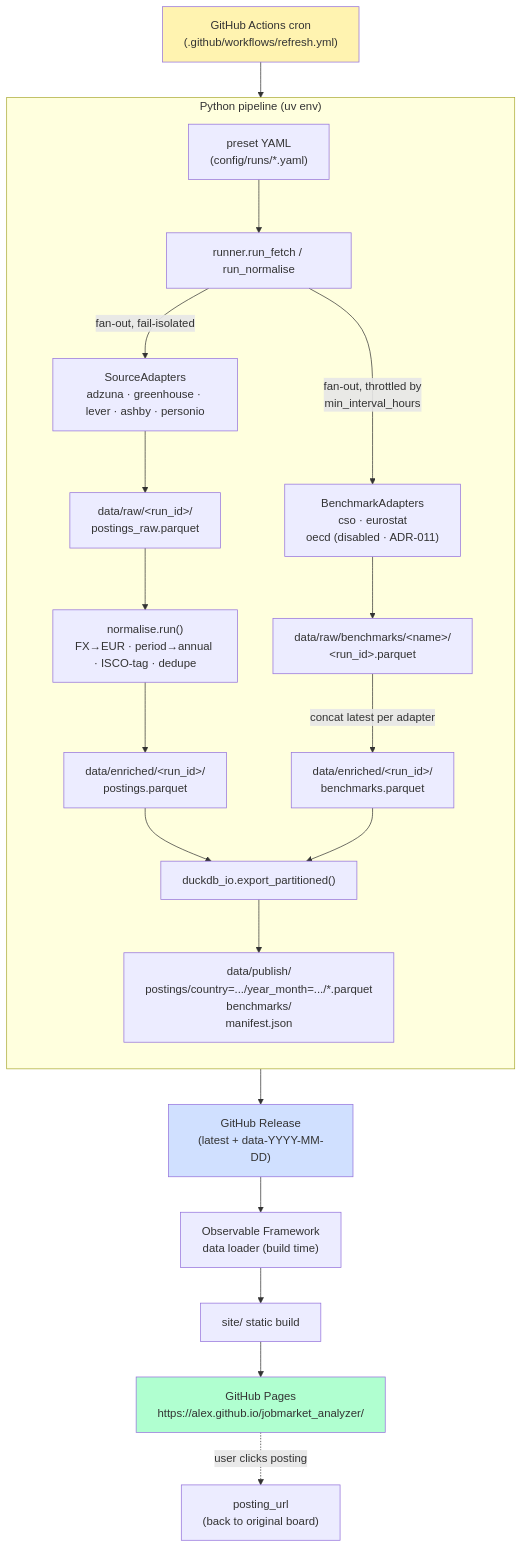
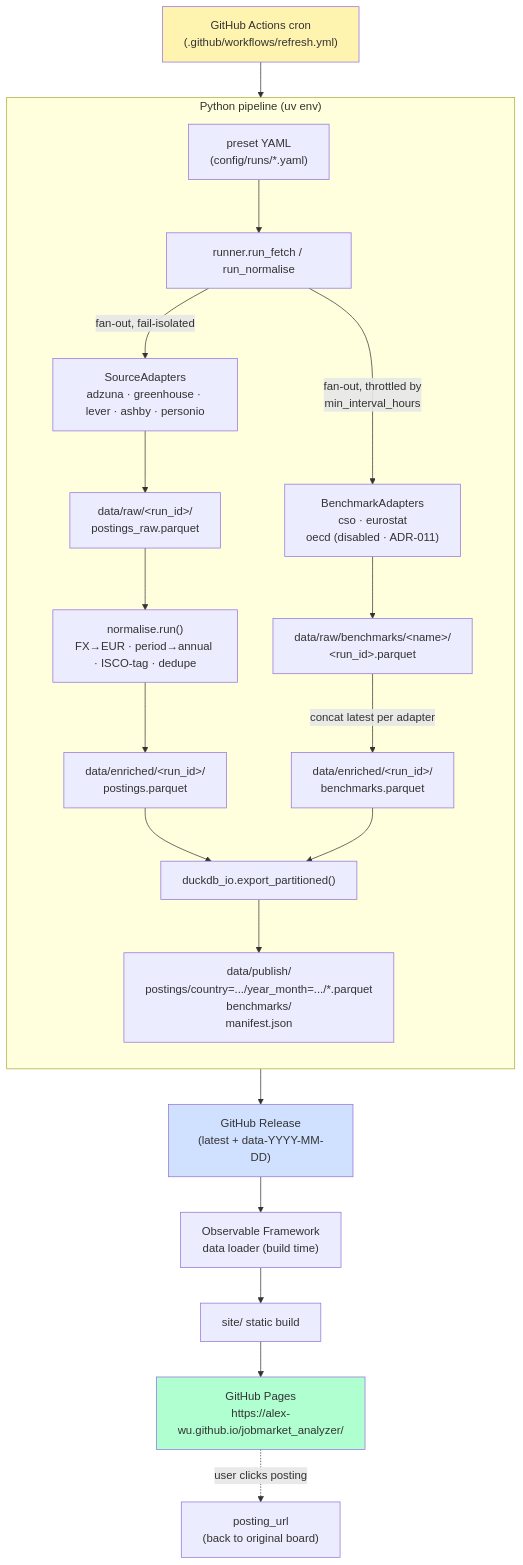
Before and after one commit to alex-wu/jobmarket_analyzer: the diagram in docs/architecture.md, drawn with Mermaid. The commit also changed 3 other files, not shown here.

First line of the commit message:
fix: correct GitHub handle alex -> alex-wu

````diff
--- a/docs/architecture.md
+++ b/docs/architecture.md
@@ -7,29 +7,29 @@
 ```mermaid
 flowchart TD
     cron["GitHub Actions cron<br/>(.github/workflows/refresh.yml)"] --> runner
 
     subgraph pipeline["Python pipeline (uv env)"]
         direction TB
         preset["preset YAML<br/>(config/runs/*.yaml)"] --> runner["runner.run_fetch / run_normalise"]
         runner -->|fan-out, fail-isolated| sources["SourceAdapters<br/>adzuna · greenhouse · lever · ashby · personio"]
         sources --> raw["data/raw/&lt;run_id&gt;/<br/>postings_raw.parquet"]
         runner -->|fan-out, throttled by<br/>min_interval_hours| bench["BenchmarkAdapters<br/>cso · eurostat<br/>oecd (disabled · ADR-011)"]
         bench --> benchraw["data/raw/benchmarks/&lt;name&gt;/<br/>&lt;run_id&gt;.parquet"]
         raw --> normalise["normalise.run()<br/>FX→EUR · period→annual · ISCO-tag · dedupe"]
         normalise --> enriched["data/enriched/&lt;run_id&gt;/<br/>postings.parquet"]
         benchraw -->|concat latest per adapter| enrichedbench["data/enriched/&lt;run_id&gt;/<br/>benchmarks.parquet"]
         enriched --> publish["duckdb_io.export_partitioned()"]
         enrichedbench --> publish
         publish --> bundle["data/publish/<br/>postings/country=.../year_month=.../*.parquet<br/>benchmarks/<br/>manifest.json"]
     end
 
     bundle --> release["GitHub Release<br/>(latest + data-YYYY-MM-DD)"]
     release --> loader["Observable Framework<br/>data loader (build time)"]
     loader --> site["site/ static build"]
-    site --> pages["GitHub Pages<br/>https://alex.github.io/jobmarket_analyzer/"]
+    site --> pages["GitHub Pages<br/>https://alex-wu.github.io/jobmarket_analyzer/"]
     pages -.->|user clicks posting| source_url["posting_url<br/>(back to original board)"]
 
     style cron fill:#fff3b0
     style pages fill:#b0ffd0
     style release fill:#d0e0ff
 ```
````
